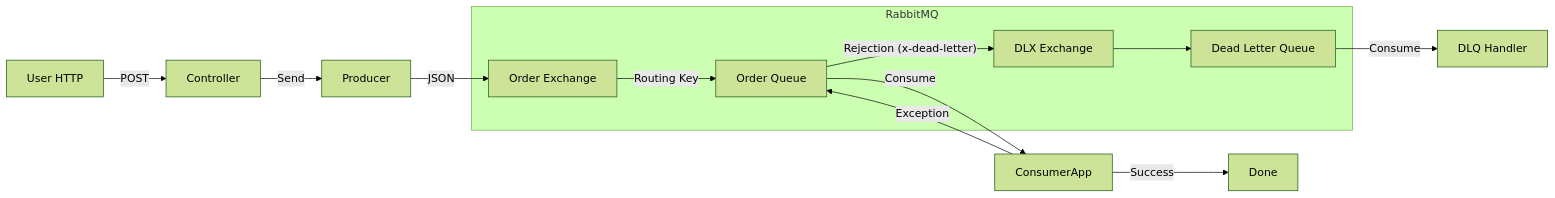
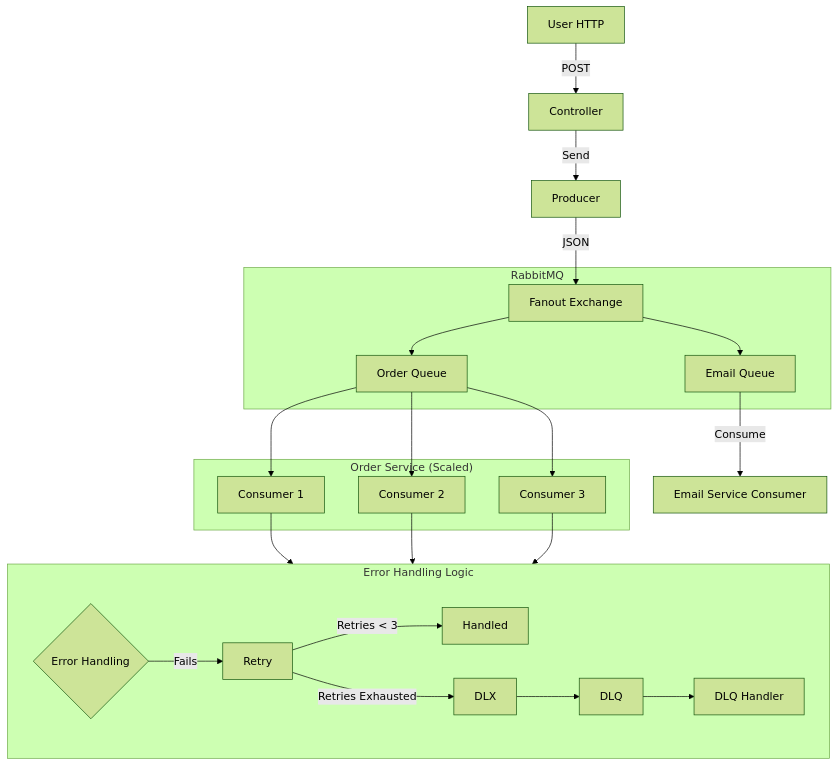
The diagram in learning-summary/00-project-journey.md (adizafri2000/messaging-lab), drawn with Mermaid (forest theme) before and after one commit. The commit also changed other lines of this file and 4 other files, not shown here.

````diff
--- a/learning-summary/00-project-journey.md
+++ b/learning-summary/00-project-journey.md
@@ -70,24 +43,35 @@
 ```mermaid
-graph LR
+graph TD
     User[User HTTP] -->|POST| Controller
     Controller -->|Send| Producer
     
     subgraph RabbitMQ
-        Exchange[Order Exchange]
-        Queue[Order Queue]
-        DLX[DLX Exchange]
-        DLQ[Dead Letter Queue]
+        Fanout[Fanout Exchange]
+        OrderQ[Order Queue]
+        EmailQ[Email Queue]
     end
     
-    Producer -->|JSON| Exchange
-    Exchange -->|Routing Key| Queue
+    Producer -->|JSON| Fanout
     
-    Queue -->|Consume| ConsumerApp
+    Fanout --> OrderQ
+    Fanout --> EmailQ
     
-    ConsumerApp -- Success --> Done
-    ConsumerApp -- Exception --> Queue
+    subgraph "Order Service (Scaled)"
+        OrderQ --> C1[Consumer 1]
+        OrderQ --> C2[Consumer 2]
+        OrderQ --> C3[Consumer 3]
+    end
+
+    EmailQ -->|Consume| EmailService[Email Service Consumer]
     
-    Queue -- Rejection (x-dead-letter) --> DLX
-    DLX --> DLQ
-    DLQ -->|Consume| DLQ_Listener[DLQ Handler]
+    C1 & C2 & C3 --> ErrorHandler{Error Handling}
+    
+    subgraph "Error Handling Logic"
+        direction LR
+        ErrorHandler -- Fails --> Retry[Retry]
+        Retry -- Retries < 3 --> Handled
+        Retry -- Retries Exhausted --> DLX[DLX]
+        DLX --> DLQ[DLQ]
+        DLQ --> DLQ_Handler[DLQ Handler]
+    end
 ```
````
